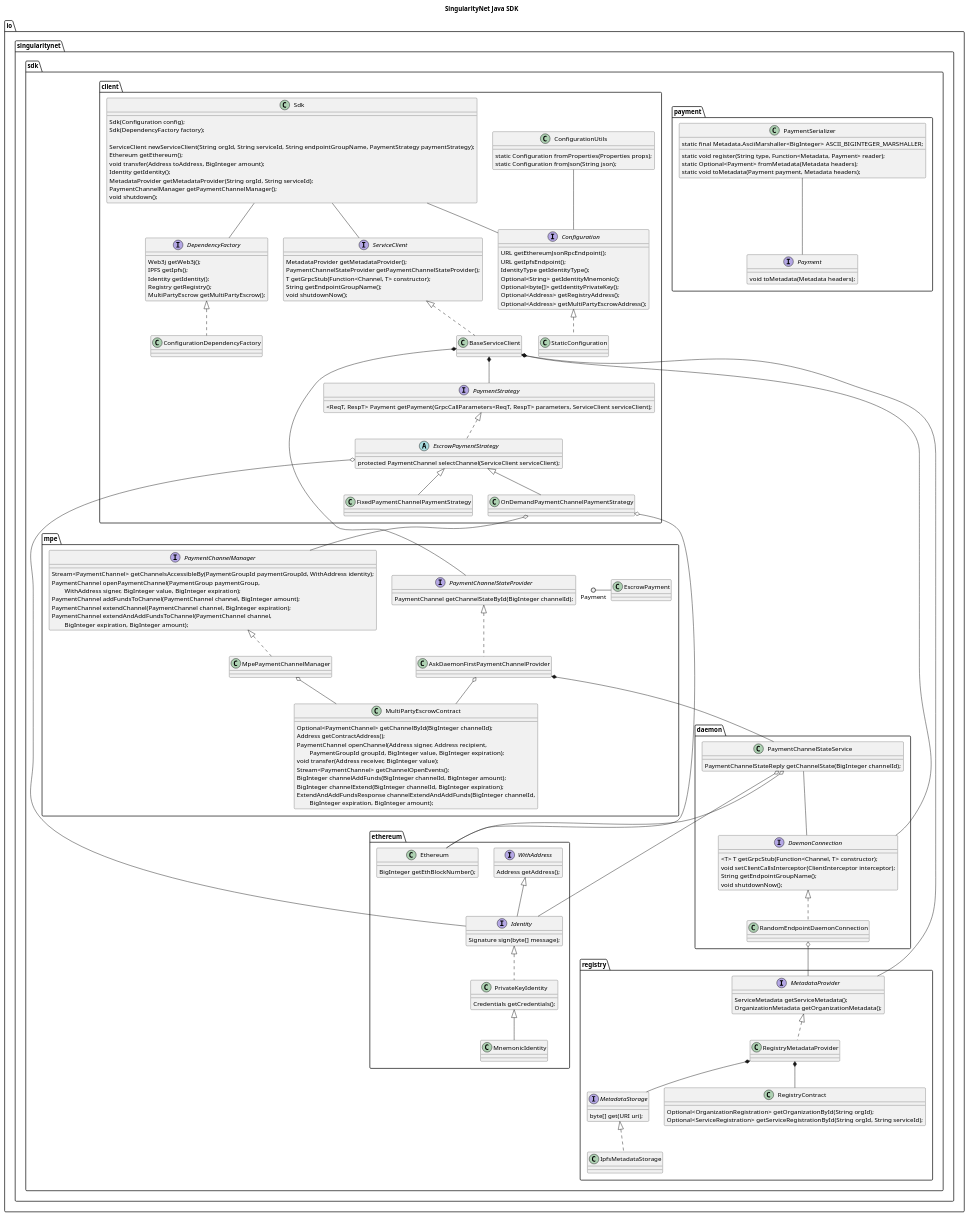
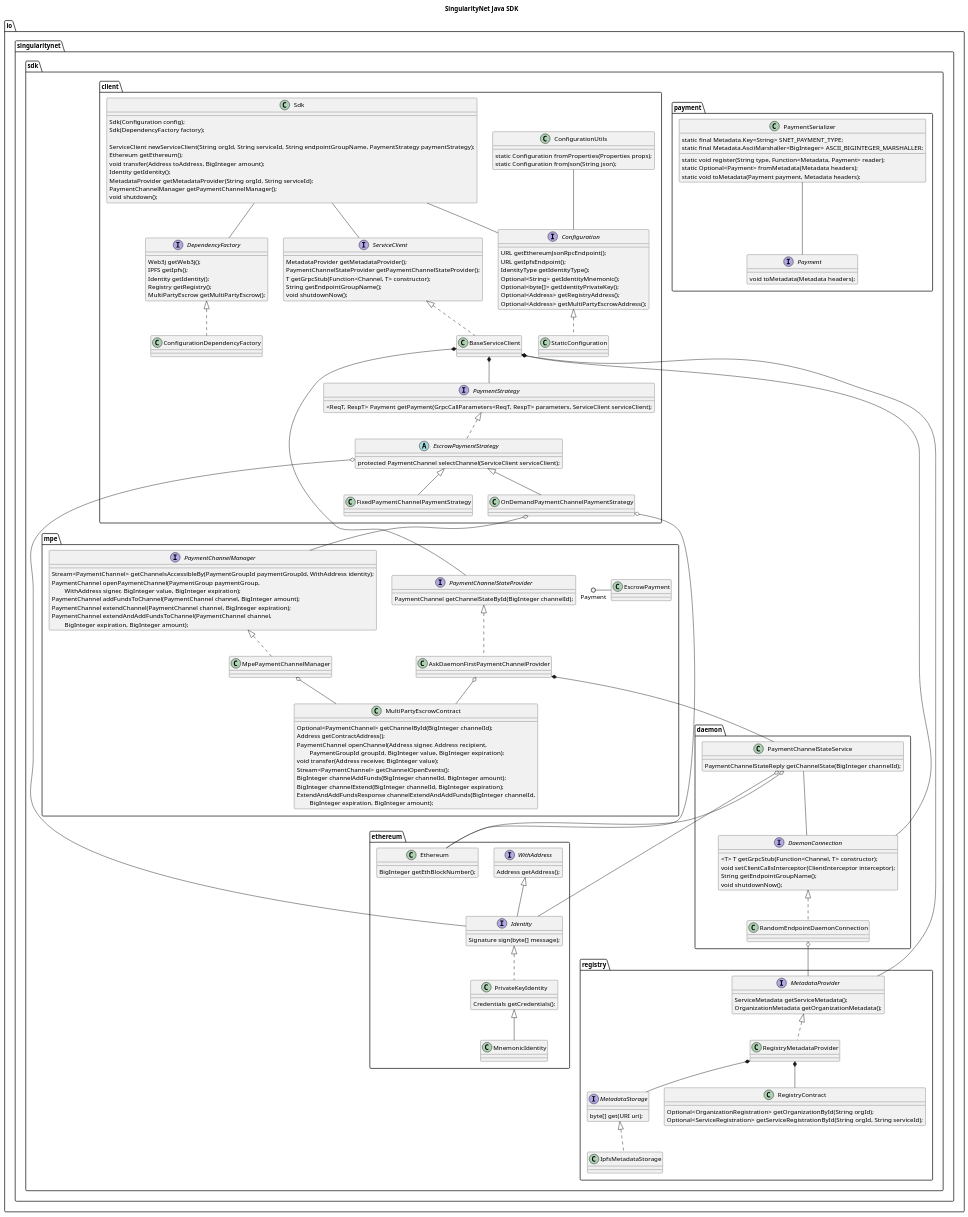
The diagram in docs/class-diagram.plantuml (singnet/snet-sdk-java), drawn with PlantUML before and after one commit. The commit also changed 3 other files, not shown here.

```diff
--- a/docs/class-diagram.plantuml
+++ b/docs/class-diagram.plantuml
@@ -9,6 +9,7 @@
     }
 
     class PaymentSerializer {
+        static final Metadata.Key<String> SNET_PAYMENT_TYPE;
         static final Metadata.AsciiMarshaller<BigInteger> ASCII_BIGINTEGER_MARSHALLER;
 
         static void register(String type, Function<Metadata, Payment> reader);
```
